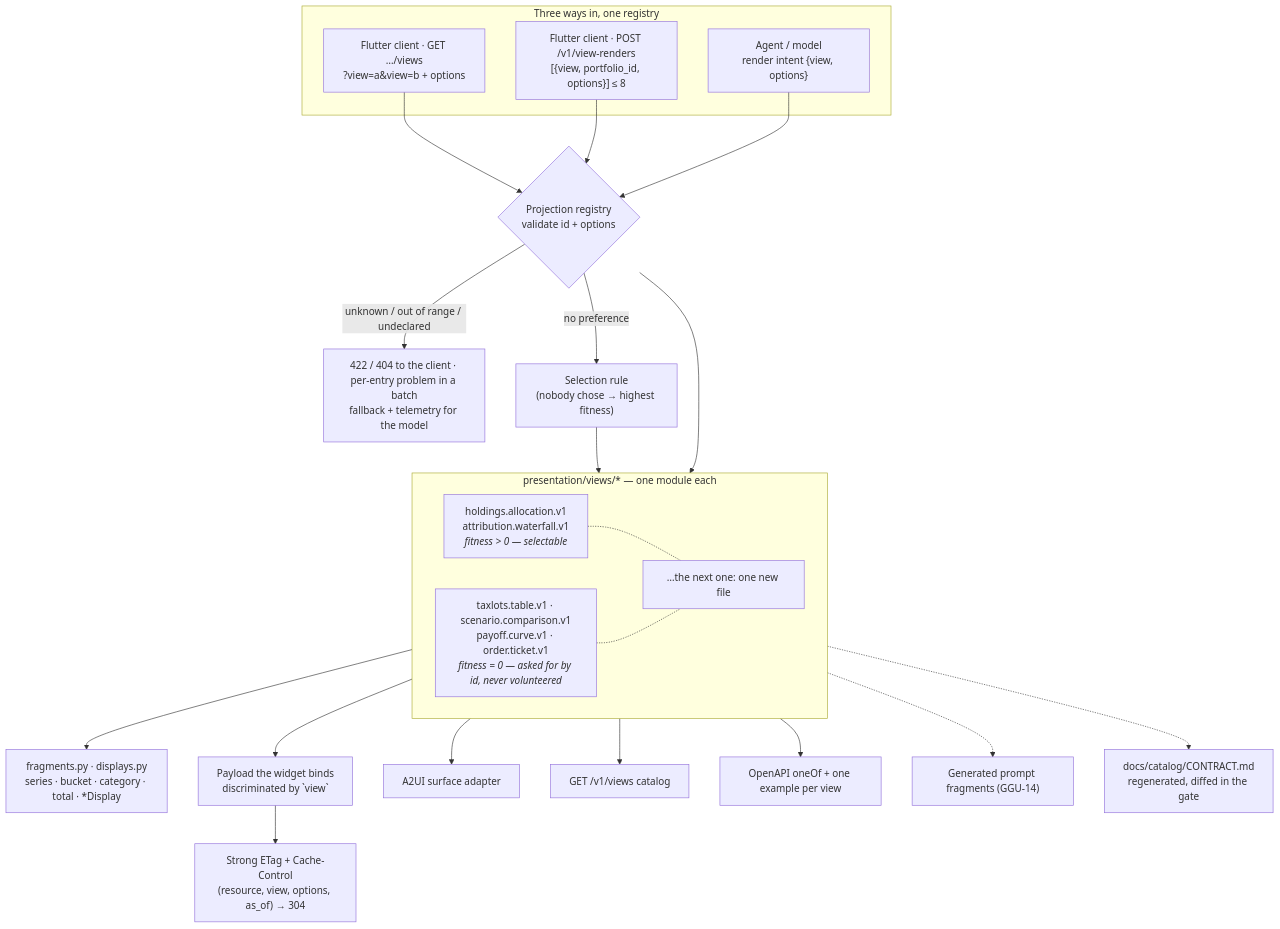
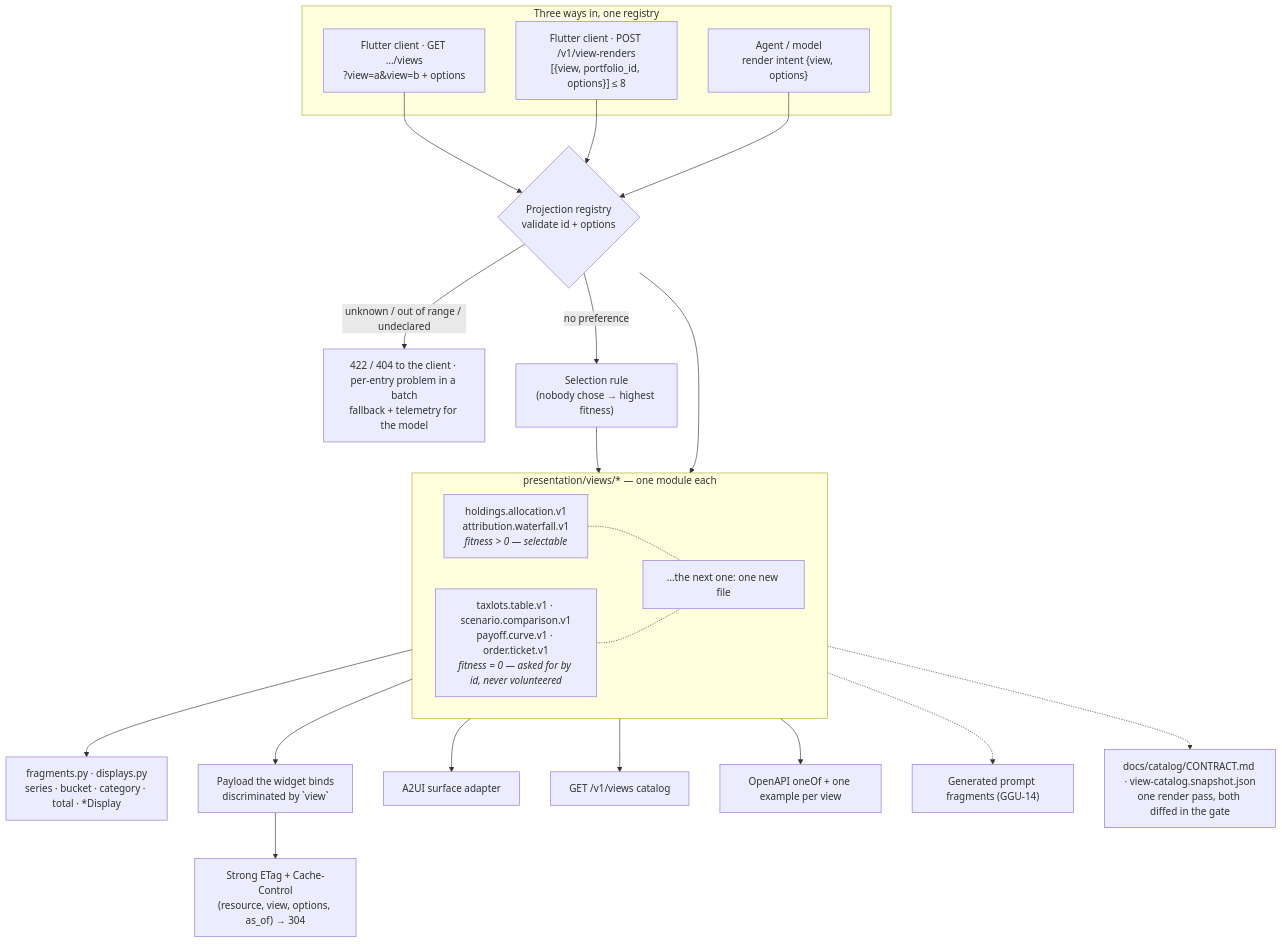
The diagram in docs/diagrams/06-response-shaping.md (somnio-projects/finance-google-a2ui), drawn with Mermaid before and after one commit. The commit also changed other lines of this file and 18 other files, not shown here.

First line of the commit message:
feat(backend): GGU-53 — the catalog contract, also as JSON the client can load

````diff
--- a/docs/diagrams/06-response-shaping.md
+++ b/docs/diagrams/06-response-shaping.md
@@ -7,51 +7,54 @@
 ```mermaid
 flowchart TB
     subgraph callers["Three ways in, one registry"]
         cl["Flutter client · GET …/views<br/>?view=a&view=b + options"]
         batch["Flutter client · POST /v1/view-renders<br/>[{view, portfolio_id, options}] ≤ 8"]
         ag["Agent / model<br/>render intent {view, options}"]
     end
     reg{"Projection registry<br/>validate id + options"}
     rej["422 / 404 to the client · per-entry problem in a batch<br/>fallback + telemetry for the model"]
     sel["Selection rule<br/>(nobody chose → highest fitness)"]
     subgraph views["presentation/views/* — one module each"]
         v1["holdings.allocation.v1<br/>attribution.waterfall.v1<br/><i>fitness > 0 — selectable</i>"]
         v2["taxlots.table.v1 · scenario.comparison.v1<br/>payoff.curve.v1 · order.ticket.v1<br/><i>fitness = 0 — asked for by id, never volunteered</i>"]
         vn["…the next one: one new file"]
     end
     frag["fragments.py · displays.py<br/>series · bucket · category · total · *Display"]
     out["Payload the widget binds<br/>discriminated by `view`"]
     etag["Strong ETag + Cache-Control<br/>(resource, view, options, as_of) → 304"]
     a2ui["A2UI surface adapter"]
     cat["GET /v1/views catalog"]
     oa["OpenAPI oneOf + one example per view"]
     pf["Generated prompt fragments (GGU-14)"]
-    doc["docs/catalog/CONTRACT.md<br/>regenerated, diffed in the gate"]
+    doc["docs/catalog/CONTRACT.md · view-catalog.snapshot.json<br/>one render pass, both diffed in the gate"]
 
     cl --> reg
     batch --> reg
     ag --> reg
     reg -- "unknown / out of range / undeclared" --> rej
     reg -- "no preference" --> sel --> views
     reg --> views
     views --> frag
     views --> out
     out --> etag
     views --> a2ui
     views --> cat
     views --> oa
     views -.-> pf
     views -.-> doc
     v1 -.- vn
     v2 -.- vn
 
     %% Registering once publishes to five consumers; adding a chart touches
     %% only its own module (ADR-K D-14, D-15) — views/ is auto-discovered,
     %% so not even an import line is edited.
+    %% The frozen contract is published twice from ONE registry read: Markdown
+    %% for the designer (GGU-41) and JSON for the Flutter catalog test
+    %% (GGU-53). A third rendering is one entry in catalog_artifacts.ARTIFACTS.
     %% The batch is a RESOURCE, not an RPC call: POST creates it, 201 returns
     %% it inline, and EVERY entry carries its own status, so one bad view
     %% never sinks the others (ADR-K D-18).
     %% The client's rejection is a 422/404; inside a batch it is that entry's
     %% problem document; the model's is a recorded fallback (ADR-K D-12).
     %% ETag covers the two GET reads only: a POST batch is not revalidated.
 ```
````
